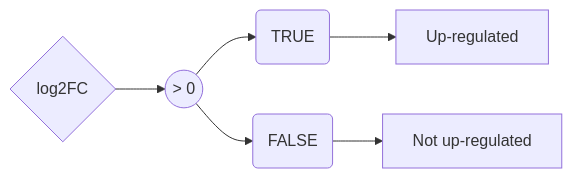
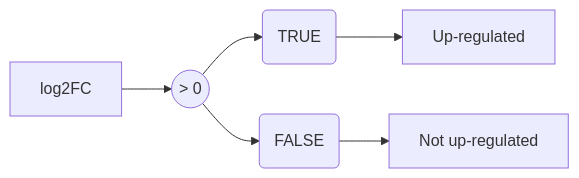
The third of 4 diagrams in ioc_r/week04/r_w04_slides.qmd (InforBio/ioc-r-2026), drawn with Mermaid before and after one commit. The commit also changed other lines of this file, not shown here.

Commit message:
fix: mermaid in slides #4

````diff
--- a/ioc_r/week04/r_w04_slides.qmd
+++ b/ioc_r/week04/r_w04_slides.qmd
@@ -388,9 +388,9 @@
 ```{mermaid}
 %%| echo: false
 flowchart LR
-  AA{log2FC} --> A((> 0))
+  AA[log2FC] --> A(("> 0"))
   A --> B(TRUE)
   A --> C(FALSE)
   B --> D[Up-regulated]
   C --> E[Not up-regulated]
 ```
````
